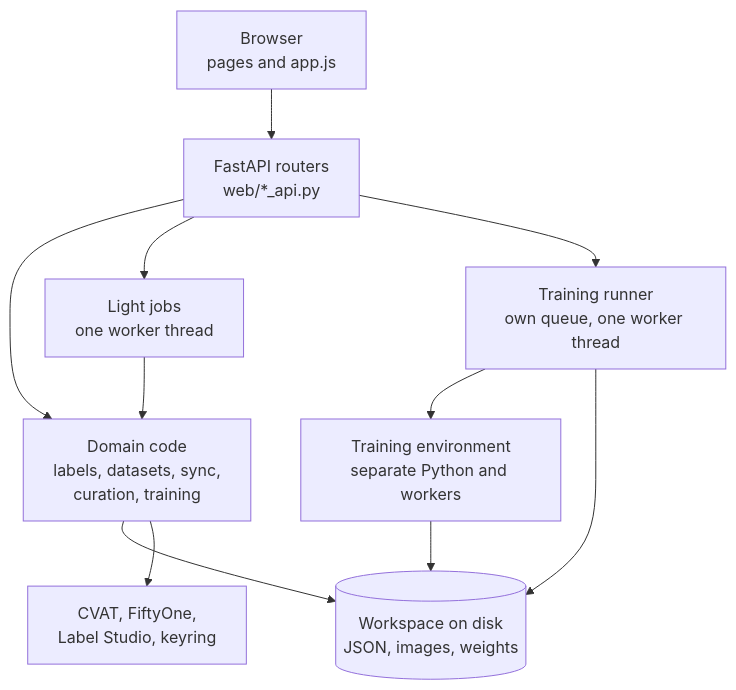
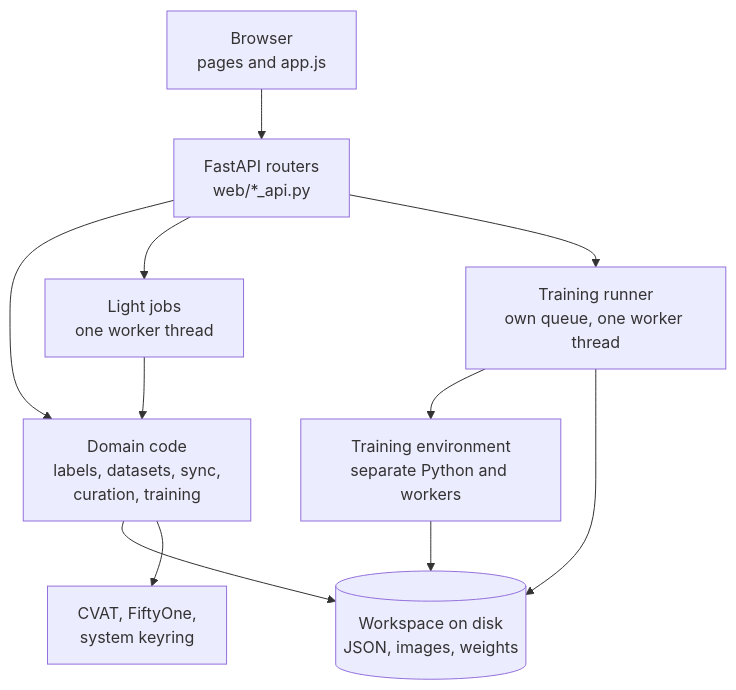
Before and after one commit to karemdm/activelabel: the first of 8 diagrams in docs/ARCHITECTURE.md, drawn with Mermaid. The commit also changed 7 other files, not shown here.

Commit message:
docs: remove Label Studio from the guides and the diagram, add a changelog that records the removal

````diff
--- a/docs/ARCHITECTURE.md
+++ b/docs/ARCHITECTURE.md
@@ -11,21 +11,21 @@
 ```mermaid
 flowchart TB
   UI["Browser<br/>pages and app.js"]
   API["FastAPI routers<br/>web/*_api.py"]
   DOM["Domain code<br/>labels, datasets, sync,<br/>curation, training"]
   JOB["Light jobs<br/>one worker thread"]
   RUN["Training runner<br/>own queue, one worker thread"]
   ENV["Training environment<br/>separate Python and workers"]
   DISK[("Workspace on disk<br/>JSON, images, weights")]
-  EXT["CVAT, FiftyOne,<br/>Label Studio, keyring"]
+  EXT["CVAT, FiftyOne,<br/>system keyring"]
   UI --> API
   API --> DOM
   API --> JOB
   API --> RUN
   JOB --> DOM
   DOM --> DISK
   DOM --> EXT
   RUN --> ENV
   RUN --> DISK
   ENV --> DISK
 ```
````
